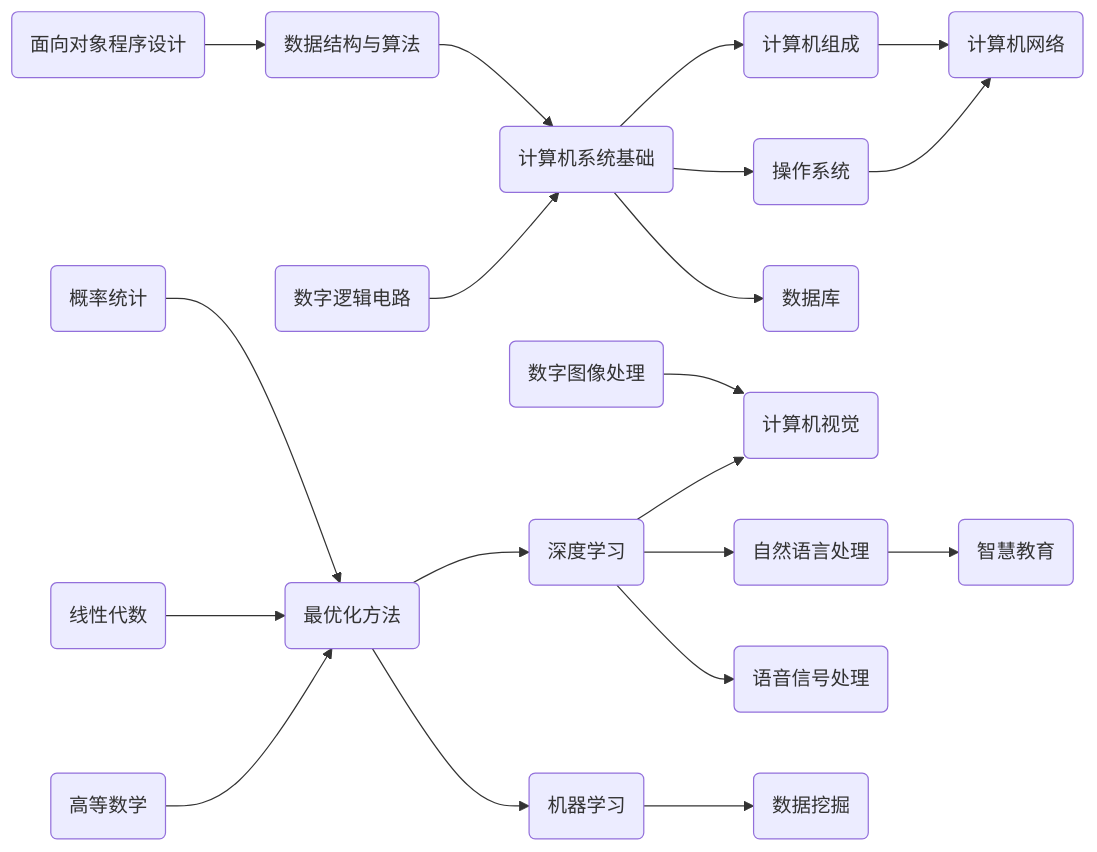
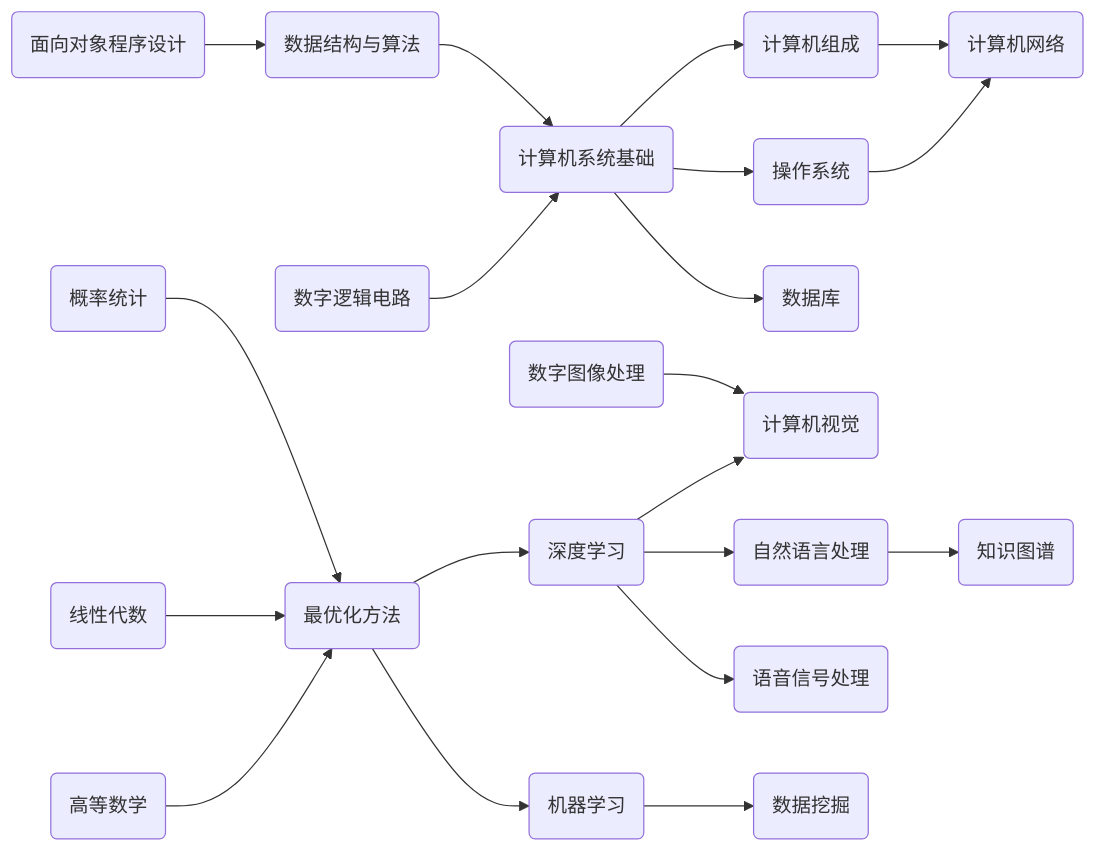
Before and after one commit to Explorer-Dong/explorer-dong.github.io: the first of 2 diagrams in docs/index.md, drawn with Mermaid. The commit also changed 31 other files, not shown here.

````diff
--- a/docs/index.md
+++ b/docs/index.md
@@ -38,66 +38,66 @@
 ```mermaid
 flowchart LR
     %% 实体定义
     面向对象程序设计(面向对象程序设计)
     数据结构与算法(数据结构与算法)
     数字逻辑电路(数字逻辑电路)
     计算机系统基础(计算机系统基础)
     数据库(数据库)
     操作系统(操作系统)
     计算机组成(计算机组成)
     计算机网络(计算机网络)
 
     %% 关系定义
     面向对象程序设计 --> 数据结构与算法 --> 计算机系统基础
     数字逻辑电路 --> 计算机系统基础 --> 数据库 & 操作系统 & 计算机组成
     计算机组成 & 操作系统 --> 计算机网络
 
     %% 实体定义
     数字图像处理(数字图像处理)
     机器学习(机器学习)
     深度学习(深度学习)
     数据挖掘(数据挖掘)
     自然语言处理(自然语言处理)
     计算机视觉(计算机视觉)
     语音信号处理(语音信号处理)
-    智慧教育(智慧教育)
+    知识图谱(知识图谱)
 
     %% 关系定义
     机器学习 --> 数据挖掘
     深度学习 --> 语音信号处理 & 自然语言处理 & 计算机视觉
-    自然语言处理 --> 智慧教育
+    自然语言处理 --> 知识图谱
     数字图像处理 --> 计算机视觉
 
     %% 实体定义
     高等数学(高等数学)
     线性代数(线性代数)
     概率统计(概率统计)
     最优化方法(最优化方法)
 
     %% 关系定义
     高等数学 & 线性代数 & 概率统计 --> 最优化方法 --> 机器学习 & 深度学习
 
     %% 跳转链接
     click 高等数学 "./base/math/advanced-math/"
     click 线性代数 "./base/math/linear-algebra/"
     click 概率统计 "./base/math/probability-and-statistics/"
     click 最优化方法 "./base/math/optimization-method/"
 
     click 面向对象程序设计 "./base/cs/object-oriented-programming/"
     click 数字逻辑电路 "./base/cs/digital-logic-circuit/"
     click 计算机系统基础 "./base/cs/computer-system-basic/"
     click 数据库 "./base/cs/database/"
     click 数据结构与算法 "./ds-and-algo/"
     click 操作系统 "./base/cs/operating-system/"
     click 计算机组成 "./base/cs/computer-organization/"
     click 计算机网络 "./base/cs/computer-network/"
 
     click 数字图像处理 "./base/ai/digital-image-processing/"
     click 语音信号处理 "./base/ai/speech-signal-processing/"
     click 机器学习 "./base/ai/machine-learning/"
     click 深度学习 "./base/ai/deep-learning/"
     click 数据挖掘 "./base/ai/data-mining/"
     click 计算机视觉 "./base/ai/computer-vision/"
     click 自然语言处理 "./base/ai/natural-language-processing/"
-    click 智慧教育 "./base/ai/intelligent-education/"
+    click 知识图谱 "./base/ai/knowledge-graph/"
 ```
````
